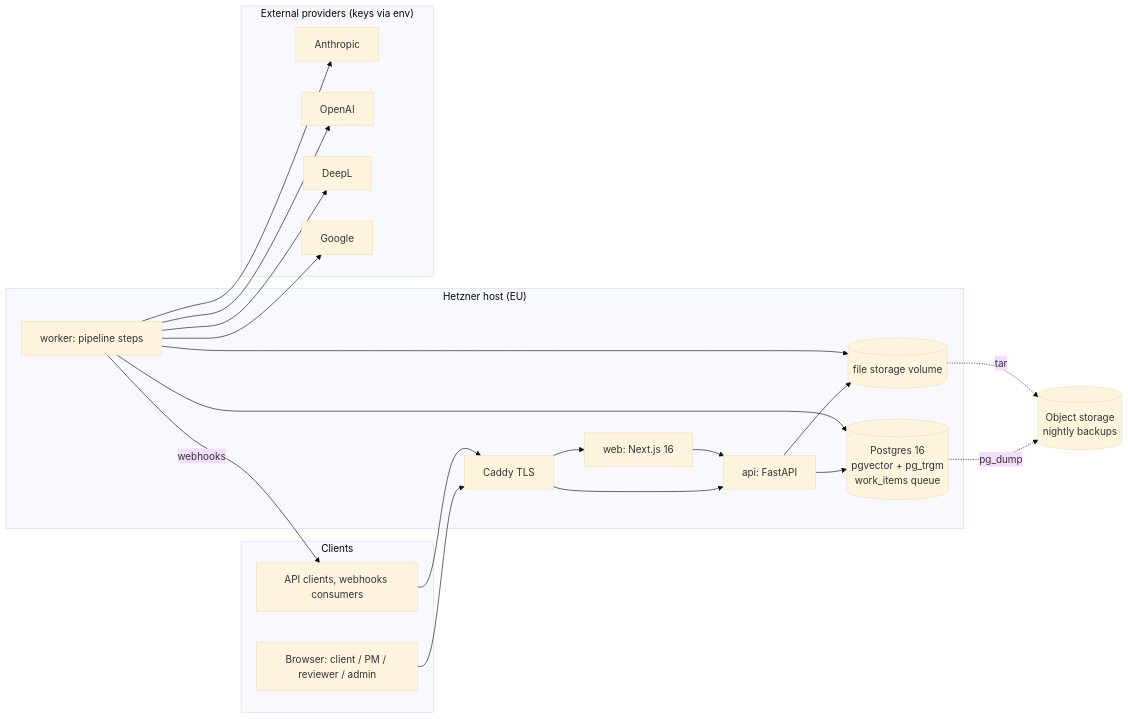
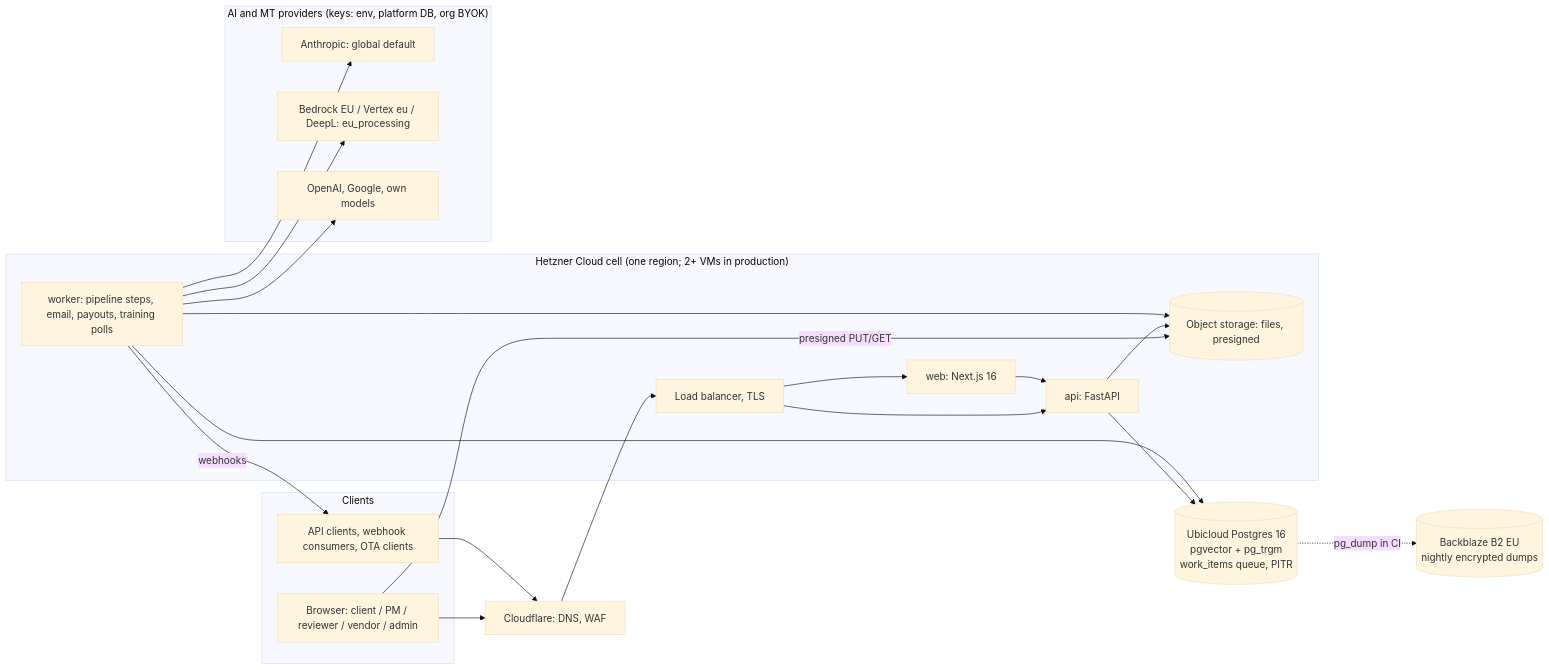
Before and after one commit to SpawnJFK/arbiter: the first of 2 diagrams in docs/DESIGN.md, drawn with Mermaid (base theme). The commit also changed other lines of this file and 26 other files, not shown here.

````diff
--- a/docs/DESIGN.md
+++ b/docs/DESIGN.md
@@ -31,35 +31,35 @@
 ```mermaid
 flowchart LR
   subgraph Clients
-    B[Browser: client / PM / reviewer / admin]
-    INT[API clients, webhooks consumers]
+    B[Browser: client / PM / reviewer / vendor / admin]
+    INT[API clients, webhook consumers, OTA clients]
   end
-  subgraph Host["Hetzner host (EU)"]
-    C[Caddy TLS]
+  CF[Cloudflare: DNS, WAF]
+  subgraph Cell["Hetzner Cloud cell (one region; 2+ VMs in production)"]
+    LB[Load balancer, TLS]
     W[web: Next.js 16]
     A[api: FastAPI]
-    K[worker: pipeline steps]
-    P[(Postgres 16\npgvector + pg_trgm\nwork_items queue)]
-    S[(file storage volume)]
+    K[worker: pipeline steps, email, payouts, training polls]
+    S[(Object storage: files, presigned)]
   end
-  subgraph Providers["External providers (keys via env)"]
-    AN[Anthropic]
-    OA[OpenAI]
-    DL[DeepL]
-    GO[Google]
+  P[(Ubicloud Postgres 16\npgvector + pg_trgm\nwork_items queue, PITR)]
+  subgraph Providers["AI and MT providers (keys: env, platform DB, org BYOK)"]
+    AN[Anthropic: global default]
+    EU[Bedrock EU / Vertex eu / DeepL: eu_processing]
+    OT[OpenAI, Google, own models]
   end
-  OBJ[(Object storage\nnightly backups)]
+  OBJ[(Backblaze B2 EU\nnightly encrypted dumps)]
 
-  B --> C --> W
-  C --> A
-  INT --> C
+  B --> CF --> LB --> W
+  LB --> A
+  INT --> CF
   W --> A
+  B -- presigned PUT/GET --> S
   A --> P
   A --> S
   K --> P
   K --> S
-  K --> AN & OA & DL & GO
+  K --> AN & EU & OT
   K -- webhooks --> INT
-  P -. pg_dump .-> OBJ
-  S -. tar .-> OBJ
+  P -. pg_dump in CI .-> OBJ
 ```
````
